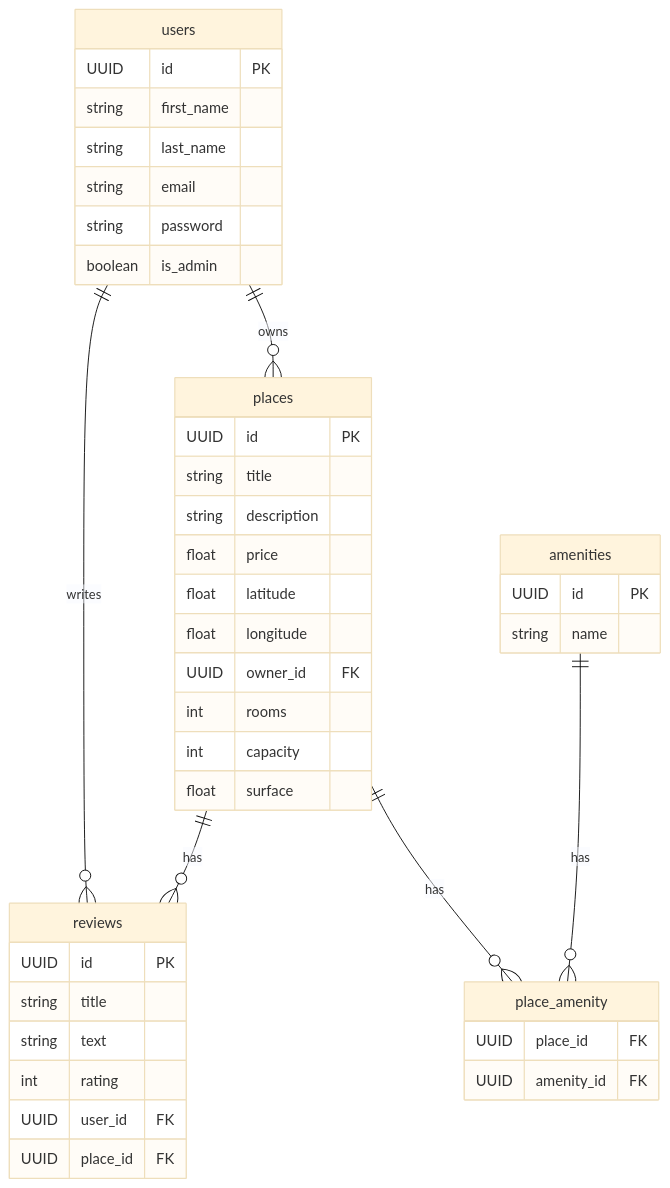
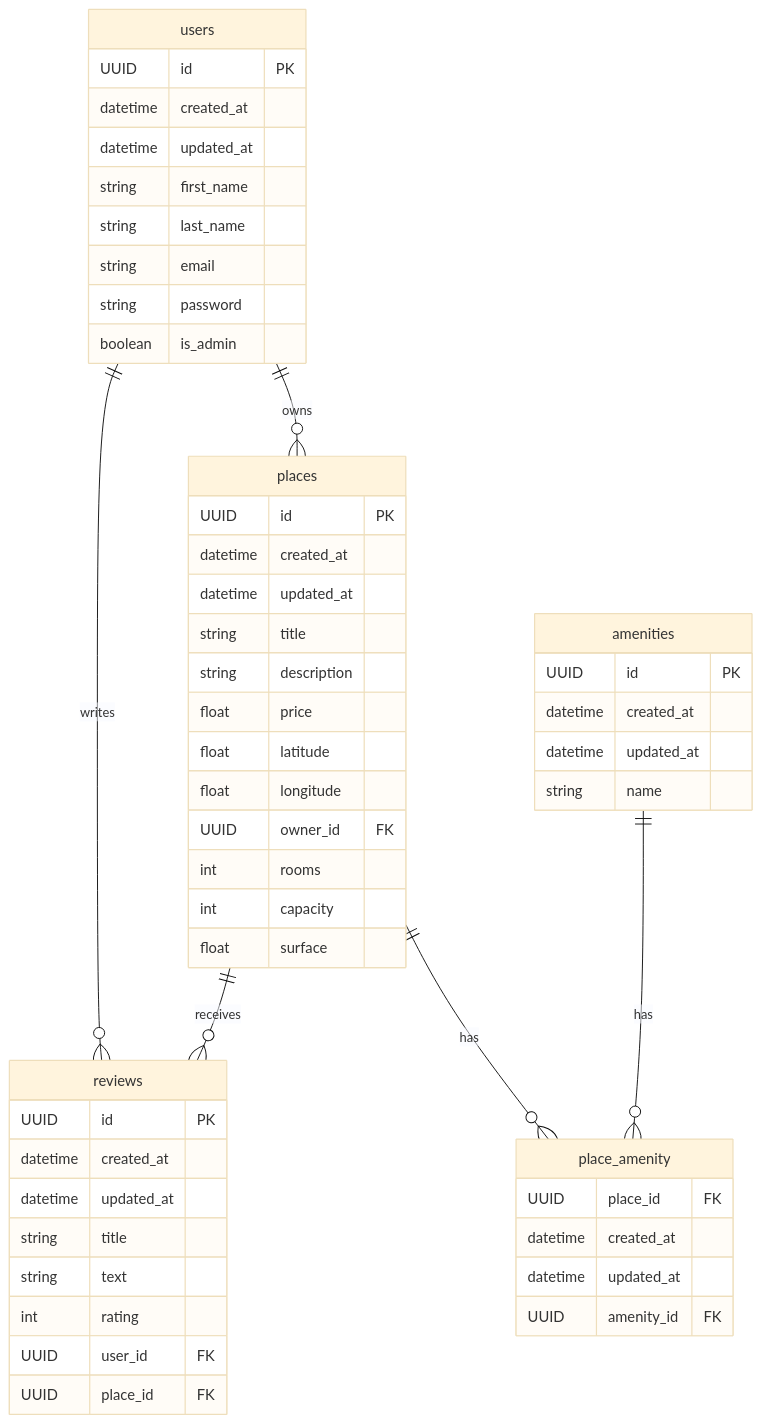
Before and after one commit to gwendalminguy/holbertonschool-hbnb: the diagram in part3/diagram.md, drawn with Mermaid (base theme). The commit also changed other lines of this file, not shown here.

Commit message:
Updated diagram

````diff
--- a/part3/diagram.md
+++ b/part3/diagram.md
@@ -1,49 +3,59 @@
 ```mermaid
 erDiagram
     users {
         UUID id PK
+		datetime created_at
+		datetime updated_at
         string first_name
         string last_name
         string email
         string password
         boolean is_admin
     }
 
     places {
         UUID id PK
+		datetime created_at
+		datetime updated_at
         string title
         string description
         float price
         float latitude
         float longitude
         UUID owner_id FK
         int rooms
         int capacity
         float surface
     }
 
     amenities {
         UUID id PK
+		datetime created_at
+		datetime updated_at
         string name
     }
 
     reviews {
         UUID id PK
+		datetime created_at
+		datetime updated_at
         string title
         string text
         int rating
         UUID user_id FK
         UUID place_id FK
     }
 
     place_amenity {
         UUID place_id FK
+		datetime created_at
+		datetime updated_at
         UUID amenity_id FK
     }
 
     users ||--o{ places : owns
     users ||--o{ reviews : writes
-    places ||--o{ reviews : has
+    places ||--o{ reviews : receives
     places ||--o{ place_amenity : has
     amenities ||--o{ place_amenity : has
 ```
````
